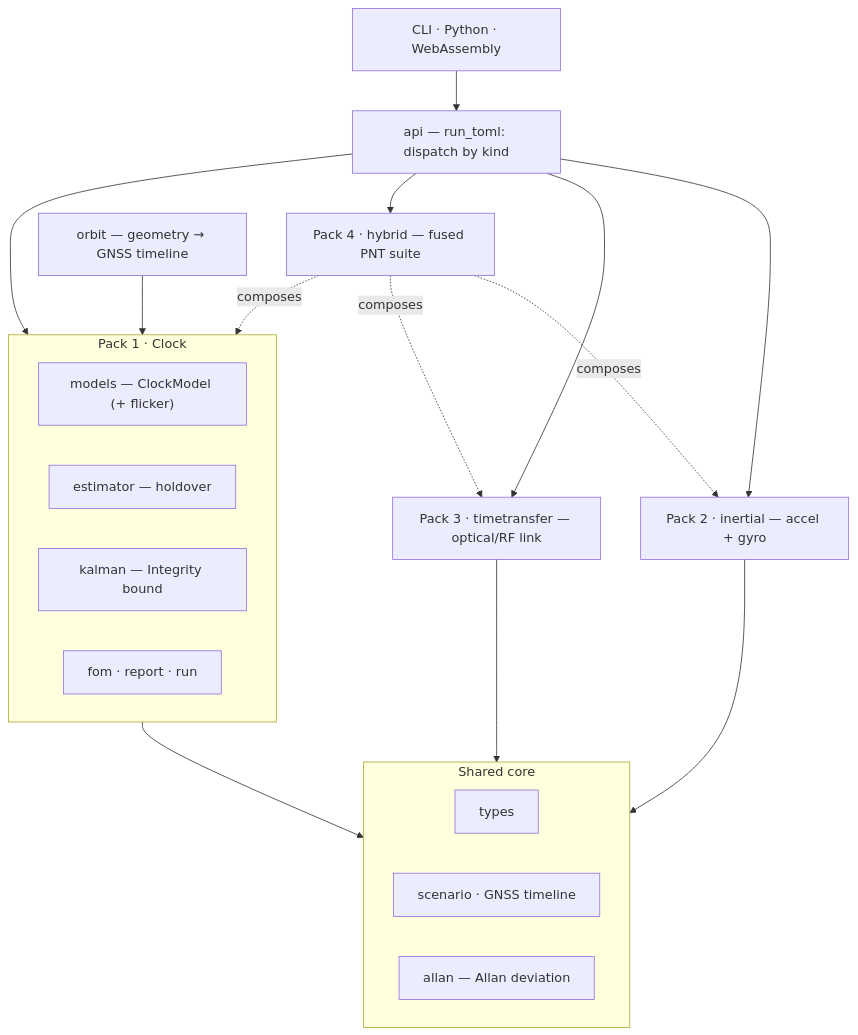
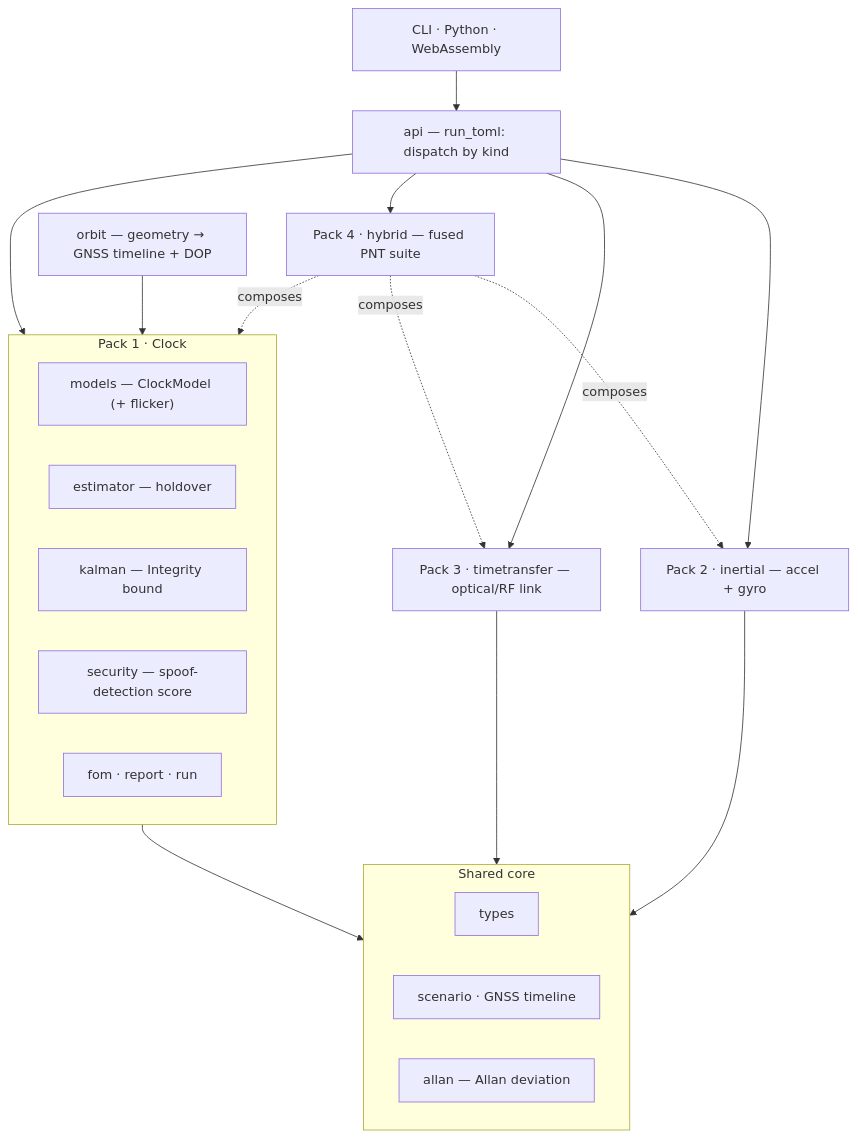
Before and after one commit to ashfordeOU/kshana: the second of 2 diagrams in README.md, drawn with Mermaid. The commit also changed other lines of this file and 7 other files, not shown here.

````diff
--- a/README.md
+++ b/README.md
@@ -278,30 +293,31 @@
 ```mermaid
 flowchart TD
     cli["CLI · Python · WebAssembly"] --> api["api — run_toml: dispatch by kind"]
     subgraph shared["Shared core"]
       types["types"]
       scenario["scenario · GNSS timeline"]
       allan["allan — Allan deviation"]
     end
     subgraph p1["Pack 1 · Clock"]
       models["models — ClockModel (+ flicker)"]
       estimator["estimator — holdover"]
       kalman["kalman — Integrity bound"]
+      security["security — spoof-detection score"]
       fom["fom · report · run"]
     end
     p2["Pack 2 · inertial — accel + gyro"]
     p3["Pack 3 · timetransfer — optical/RF link"]
     p4["Pack 4 · hybrid — fused PNT suite"]
-    orbit["orbit — geometry → GNSS timeline"]
+    orbit["orbit — geometry → GNSS timeline + DOP"]
     api --> p1
     api --> p2
     api --> p3
     api --> p4
     p1 --> shared
     p2 --> shared
     p3 --> shared
     orbit --> p1
     p4 -. composes .-> p1
     p4 -. composes .-> p2
     p4 -. composes .-> p3
 ```
````
